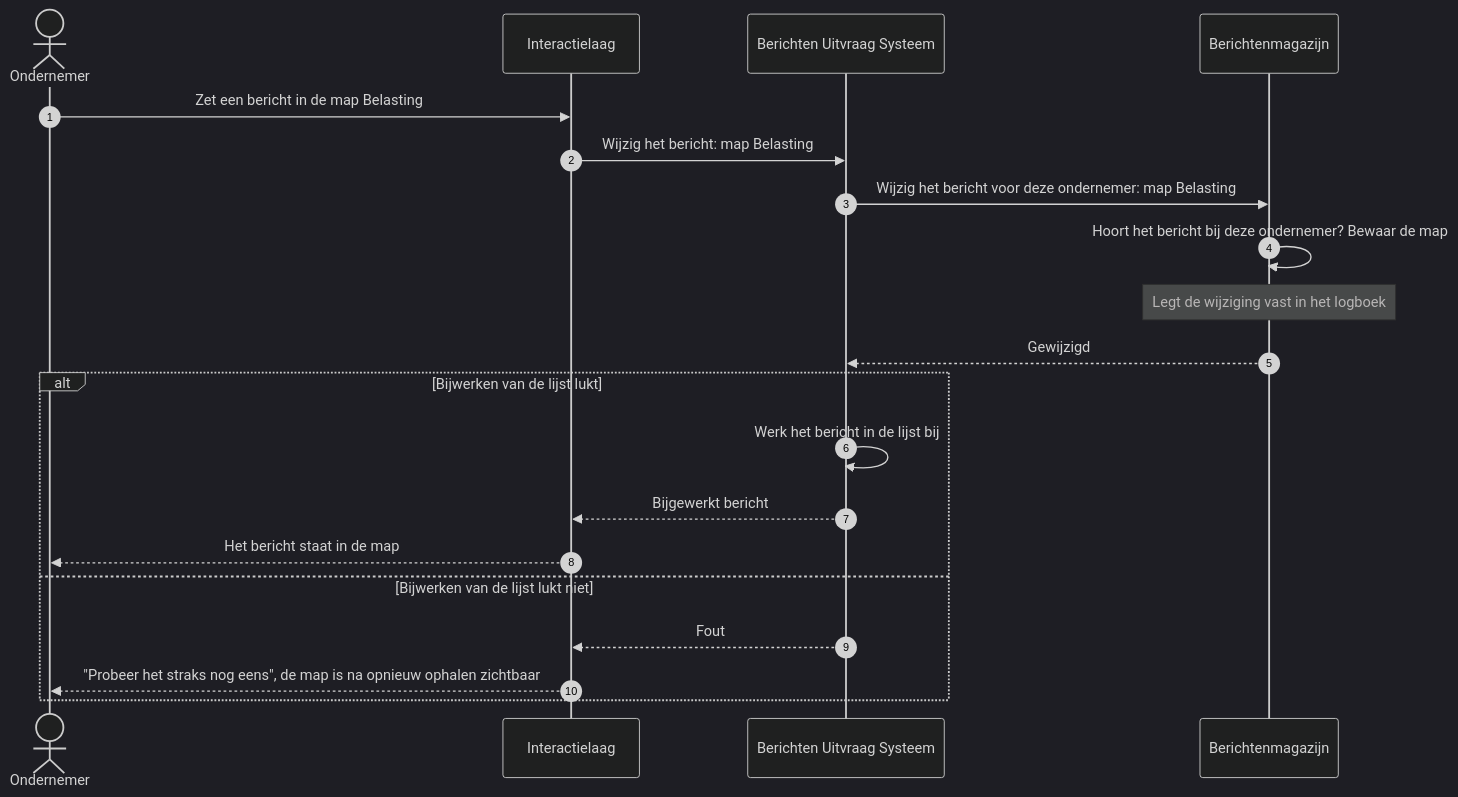
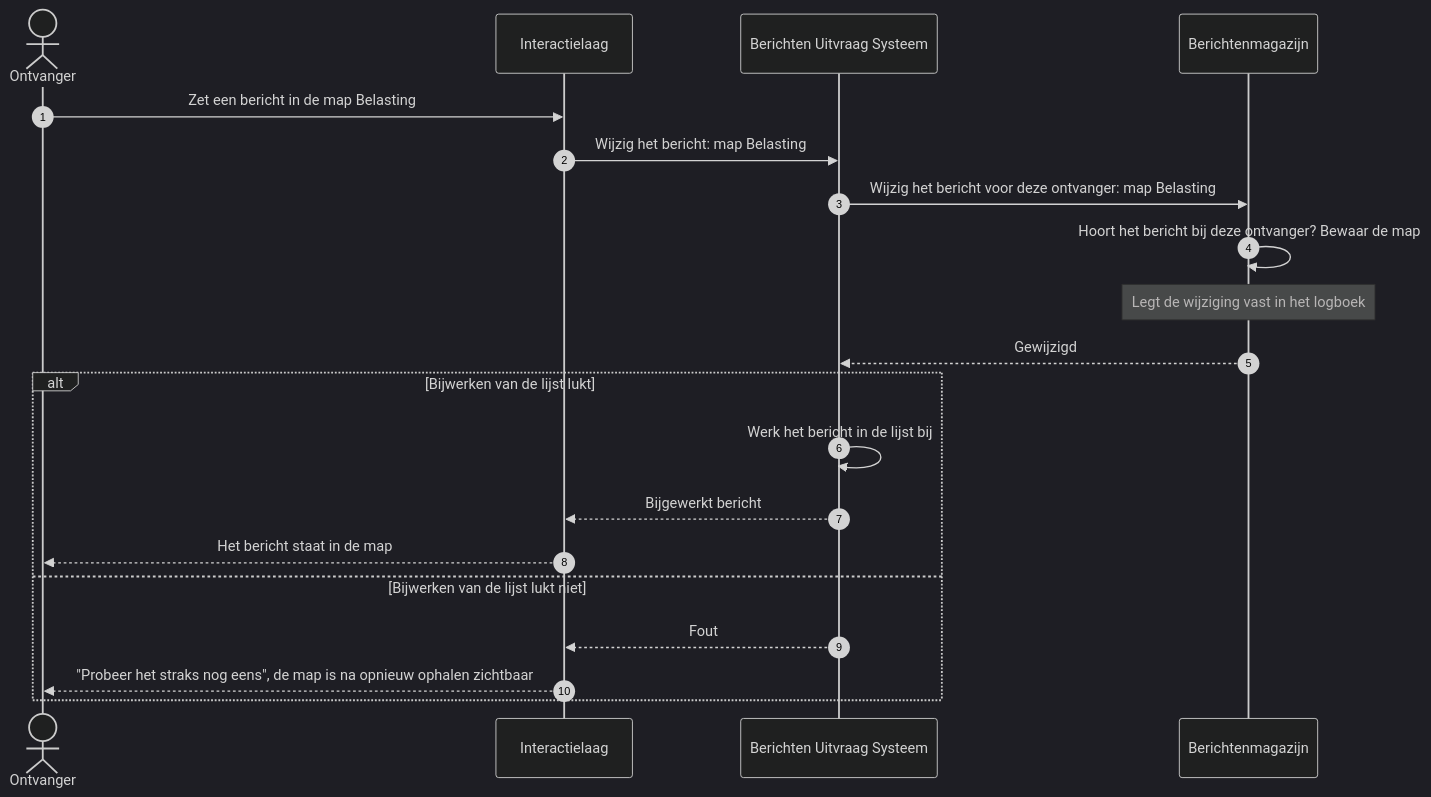
Before and after one commit to MinBZK/moza-poc-fbs-berichtenbox: the diagram in docs/architecture/workspace-docs/11-uc7-bericht-verplaatsen.md, drawn with Mermaid (dark theme). The commit also changed other lines of this file and 15 other files, not shown here.

First line of the commit message:
docs(architectuur): use cases generiek voor burgers en ondernemers

````diff
--- a/docs/architecture/workspace-docs/11-uc7-bericht-verplaatsen.md
+++ b/docs/architecture/workspace-docs/11-uc7-bericht-verplaatsen.md
@@ -30,23 +30,23 @@
 ```mermaid
 sequenceDiagram
     autonumber
-    actor OND as Ondernemer
+    actor ONT as Ontvanger
     participant IL as Interactielaag
     participant FBS as Berichten Uitvraag Systeem
     participant MAG as Berichtenmagazijn
 
-    OND->>IL: Zet een bericht in de map Belasting
+    ONT->>IL: Zet een bericht in de map Belasting
     IL->>FBS: Wijzig het bericht: map Belasting
-    FBS->>MAG: Wijzig het bericht voor deze ondernemer: map Belasting
-    MAG->>MAG: Hoort het bericht bij deze ondernemer? Bewaar de map
+    FBS->>MAG: Wijzig het bericht voor deze ontvanger: map Belasting
+    MAG->>MAG: Hoort het bericht bij deze ontvanger? Bewaar de map
     Note over MAG: Legt de wijziging vast in het logboek
     MAG-->>FBS: Gewijzigd
     alt Bijwerken van de lijst lukt
         FBS->>FBS: Werk het bericht in de lijst bij
         FBS-->>IL: Bijgewerkt bericht
-        IL-->>OND: Het bericht staat in de map
+        IL-->>ONT: Het bericht staat in de map
     else Bijwerken van de lijst lukt niet
         FBS-->>IL: Fout
-        IL-->>OND: "Probeer het straks nog eens", de map is na opnieuw ophalen zichtbaar
+        IL-->>ONT: "Probeer het straks nog eens", de map is na opnieuw ophalen zichtbaar
     end
 ```
````
